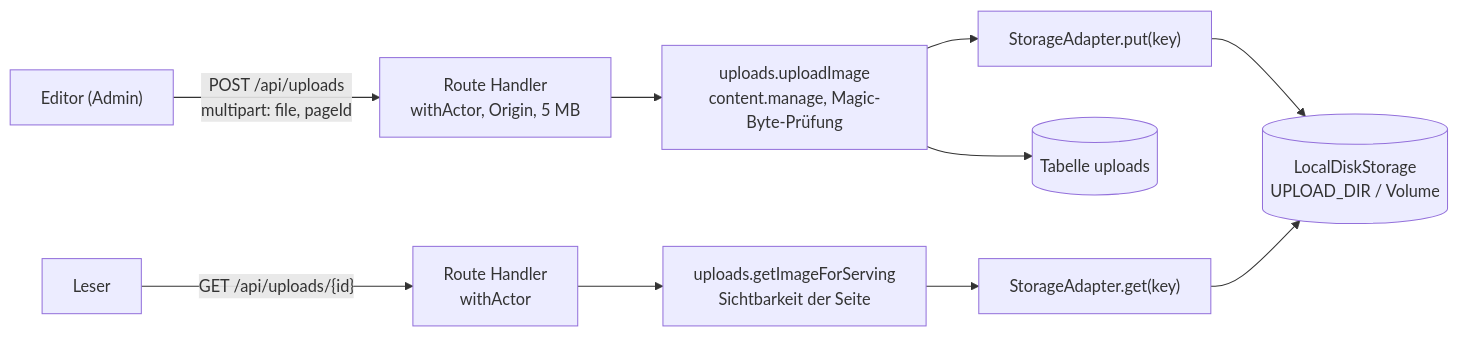
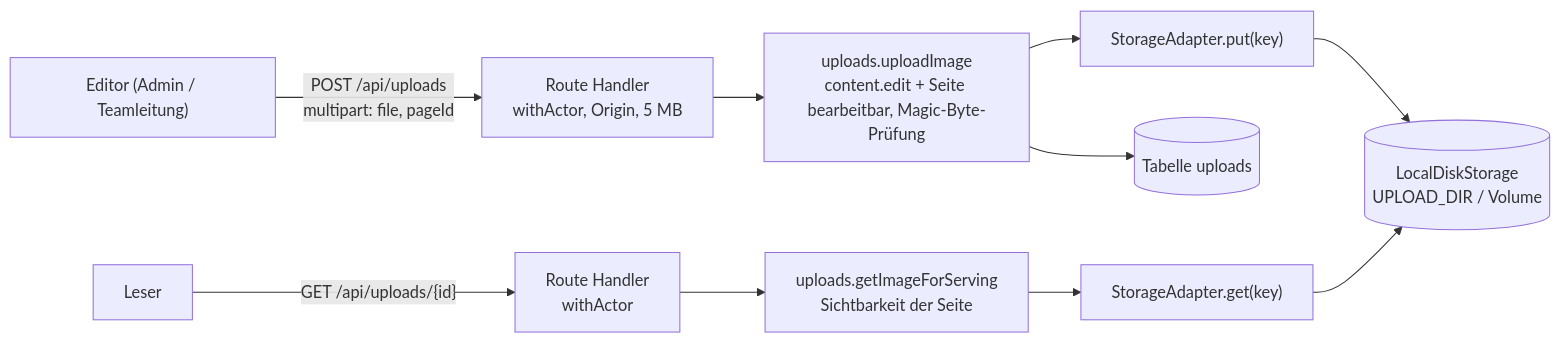
One commit to MuratAkkus0/onboardig changed the fifth of 6 diagrams in docs/projektdoku/architektur.md. Above: the diagram before and after it, drawn with Mermaid. The commit also changed other lines of this file and 7 other files, not shown here.

````diff
--- a/docs/projektdoku/architektur.md
+++ b/docs/projektdoku/architektur.md
@@ -207,11 +270,11 @@
 ```mermaid
 flowchart LR
-    E["Editor (Admin)"] -- "POST /api/uploads<br/>multipart: file, pageId" --> R1["Route Handler<br/>withActor, Origin, 5 MB"]
-    R1 --> U["uploads.uploadImage<br/>content.manage, Magic-Byte-Prüfung"]
+    E["Editor (Admin / Teamleitung)"] -- "POST /api/uploads<br/>multipart: file, pageId" --> R1["Route Handler<br/>withActor, Origin, 5 MB"]
+    R1 --> U["uploads.uploadImage<br/>content.edit + Seite bearbeitbar, Magic-Byte-Prüfung"]
     U --> SA["StorageAdapter.put(key)"]
     SA --> D[("LocalDiskStorage<br/>UPLOAD_DIR / Volume")]
     U --> DB[("Tabelle uploads")]
     V["Leser"] -- "GET /api/uploads/{id}" --> R2["Route Handler<br/>withActor"]
     R2 --> G["uploads.getImageForServing<br/>Sichtbarkeit der Seite"]
     G --> SA2["StorageAdapter.get(key)"] --> D
 ```
````
